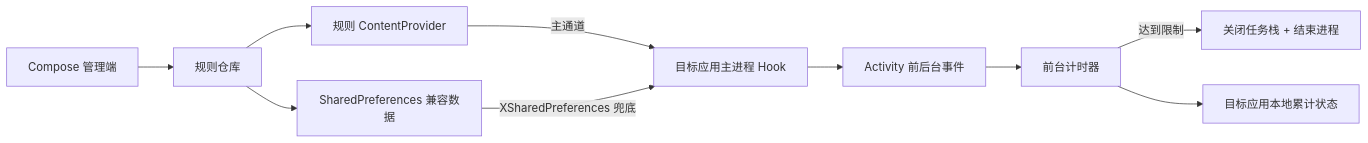
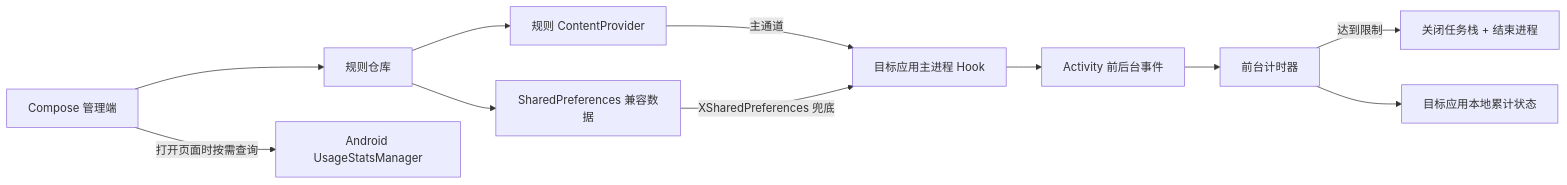
One commit to Xposed-Modules-Repo/com.liuml.apptimelimiter changed the diagram in README.md. Above: the diagram before and after it, drawn with Mermaid. The commit also changed other lines of this file and 21 other files, not shown here.

````diff
--- a/README.md
+++ b/README.md
@@ -28,12 +31,13 @@
 ```mermaid
 flowchart LR
     UI["Compose 管理端"] --> Repo["规则仓库"]
     Repo --> Provider["规则 ContentProvider"]
     Repo --> Prefs["SharedPreferences 兼容数据"]
     Provider -->|"主通道"| Hook["目标应用主进程 Hook"]
     Prefs -->|"XSharedPreferences 兜底"| Hook
     Hook --> Lifecycle["Activity 前后台事件"]
     Lifecycle --> Timer["前台计时器"]
     Timer -->|"达到限制"| Exit["关闭任务栈 + 结束进程"]
     Timer --> State["目标应用本地累计状态"]
+    UI -->|"打开页面时按需查询"| UsageStats["Android UsageStatsManager"]
 ```
````
